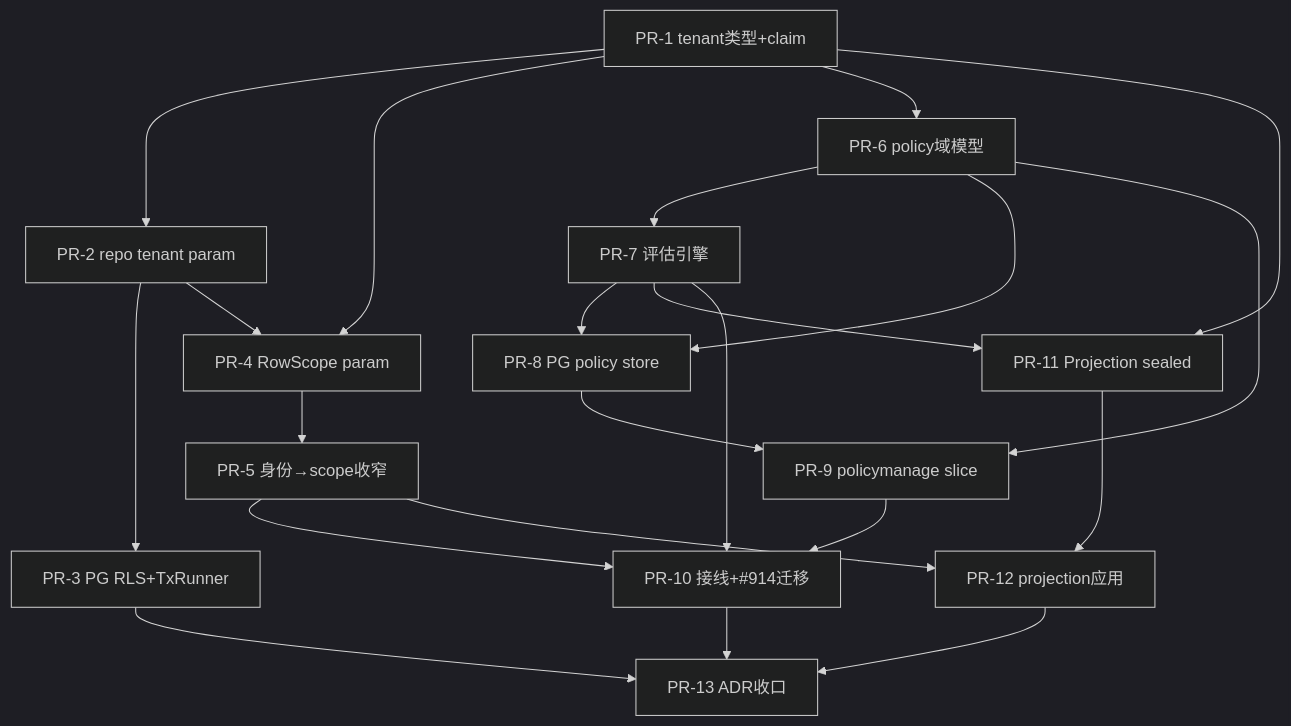
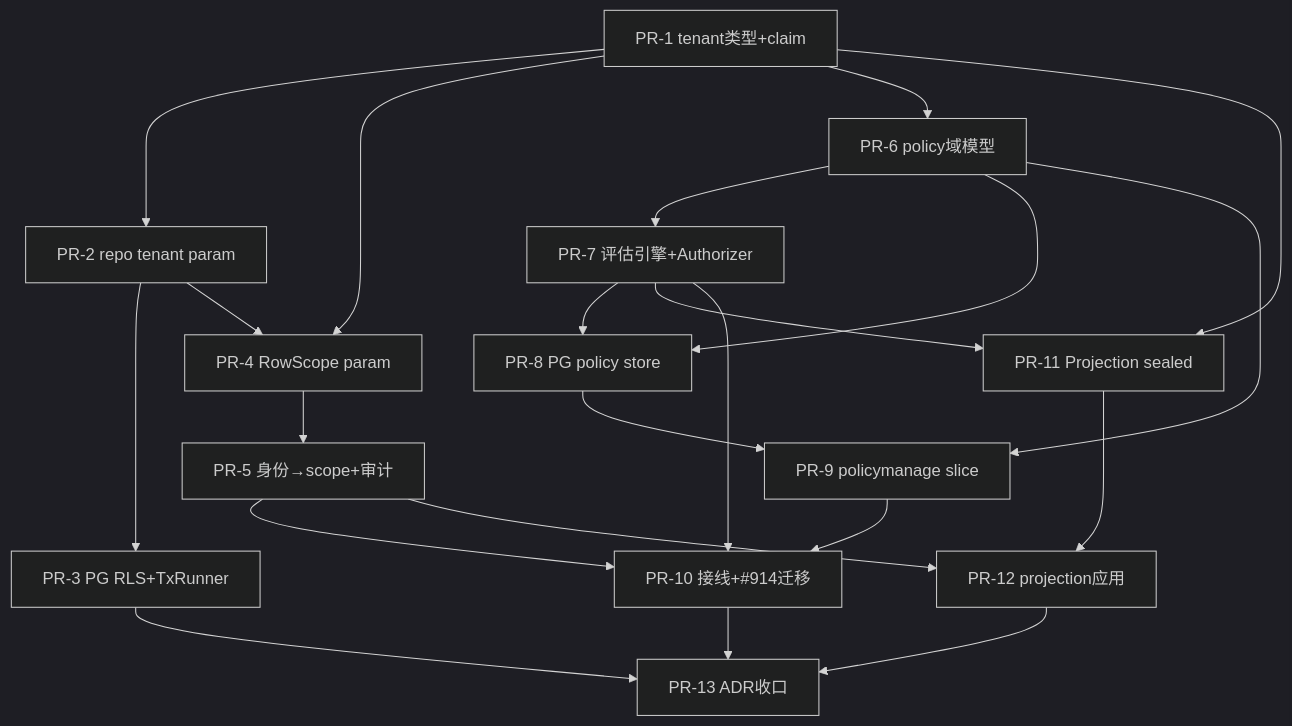
Before and after one commit to ghbvf/gocell: the first of 2 diagrams in docs/plans/specs/1220-tenancy-abac-dataperm/tasks.md, drawn with Mermaid (dark theme). The commit also changed other lines of this file and 2 other files, not shown here.

````diff
--- a/docs/plans/specs/1220-tenancy-abac-dataperm/tasks.md
+++ b/docs/plans/specs/1220-tenancy-abac-dataperm/tasks.md
@@ -43,38 +51,38 @@
 ```mermaid
 graph TD
     PR1[PR-1 tenant类型+claim]
     PR2[PR-2 repo tenant param]
     PR3[PR-3 PG RLS+TxRunner]
     PR4[PR-4 RowScope param]
-    PR5[PR-5 身份→scope收窄]
+    PR5[PR-5 身份→scope+审计]
     PR6[PR-6 policy域模型]
-    PR7[PR-7 评估引擎]
+    PR7[PR-7 评估引擎+Authorizer]
     PR8[PR-8 PG policy store]
     PR9[PR-9 policymanage slice]
     PR10[PR-10 接线+#914迁移]
     PR11[PR-11 Projection sealed]
     PR12[PR-12 projection应用]
     PR13[PR-13 ADR收口]
 
     PR1 --> PR2
     PR1 --> PR4
     PR1 --> PR6
     PR1 --> PR11
     PR2 --> PR3
     PR2 --> PR4
     PR4 --> PR5
     PR6 --> PR7
     PR6 --> PR8
     PR7 --> PR8
     PR7 --> PR11
     PR6 --> PR9
     PR8 --> PR9
     PR7 --> PR10
     PR5 --> PR10
     PR9 --> PR10
     PR11 --> PR12
     PR5 --> PR12
     PR3 --> PR13
     PR10 --> PR13
     PR12 --> PR13
 ```
````
